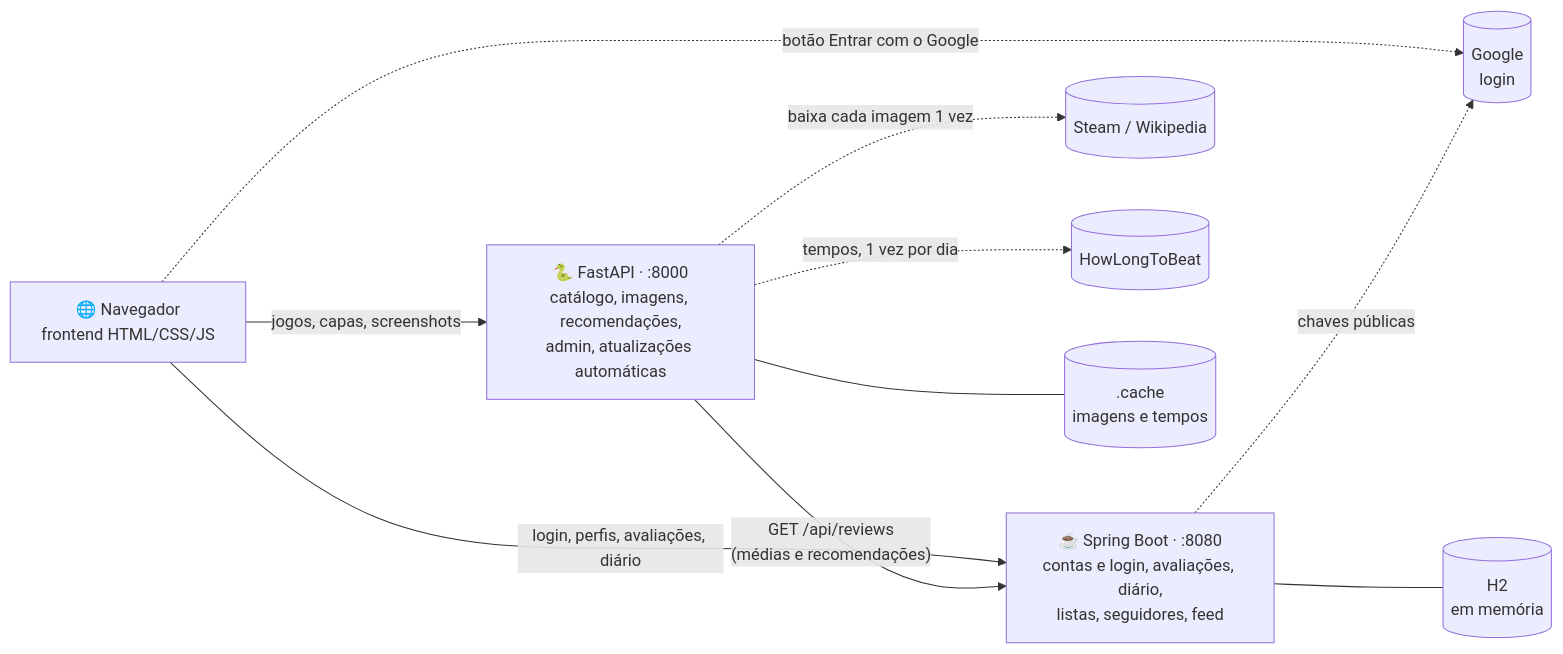
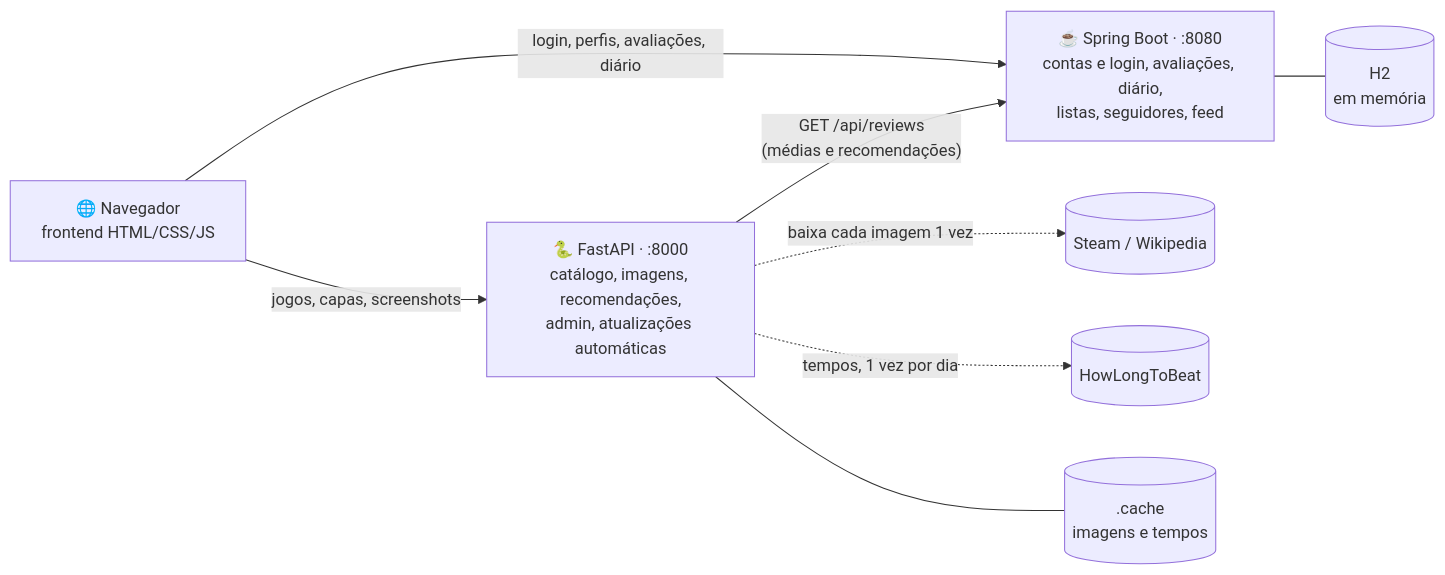
The diagram in README.md (VitorRamos77/hitboxd), drawn with Mermaid before and after one commit. The commit also changed other lines of this file and 23 other files, not shown here.

Commit message:
Remove o login com o Google e atualiza o README

````diff
--- a/README.md
+++ b/README.md
@@ -177,21 +177,18 @@
 ```mermaid
 flowchart LR
     B["🌐 Navegador<br/>frontend HTML/CSS/JS"]
     P["🐍 FastAPI · :8000<br/>catálogo, imagens, recomendações,<br/>admin, atualizações automáticas"]
     J["☕ Spring Boot · :8080<br/>contas e login, avaliações, diário,<br/>listas, seguidores, feed"]
     S[("Steam / Wikipedia")]
     L[("HowLongToBeat")]
-    G[("Google<br/>login")]
     H[("H2<br/>em memória")]
     C[(".cache<br/>imagens e tempos")]
 
     B -- "jogos, capas, screenshots" --> P
     B -- "login, perfis, avaliações, diário" --> J
-    B -. "botão Entrar com o Google" .-> G
     P -- "GET /api/reviews<br/>(médias e recomendações)" --> J
     P -. "baixa cada imagem 1 vez" .-> S
     P -. "tempos, 1 vez por dia" .-> L
-    J -. "chaves públicas" .-> G
     P --- C
     J --- H
 ```
````
